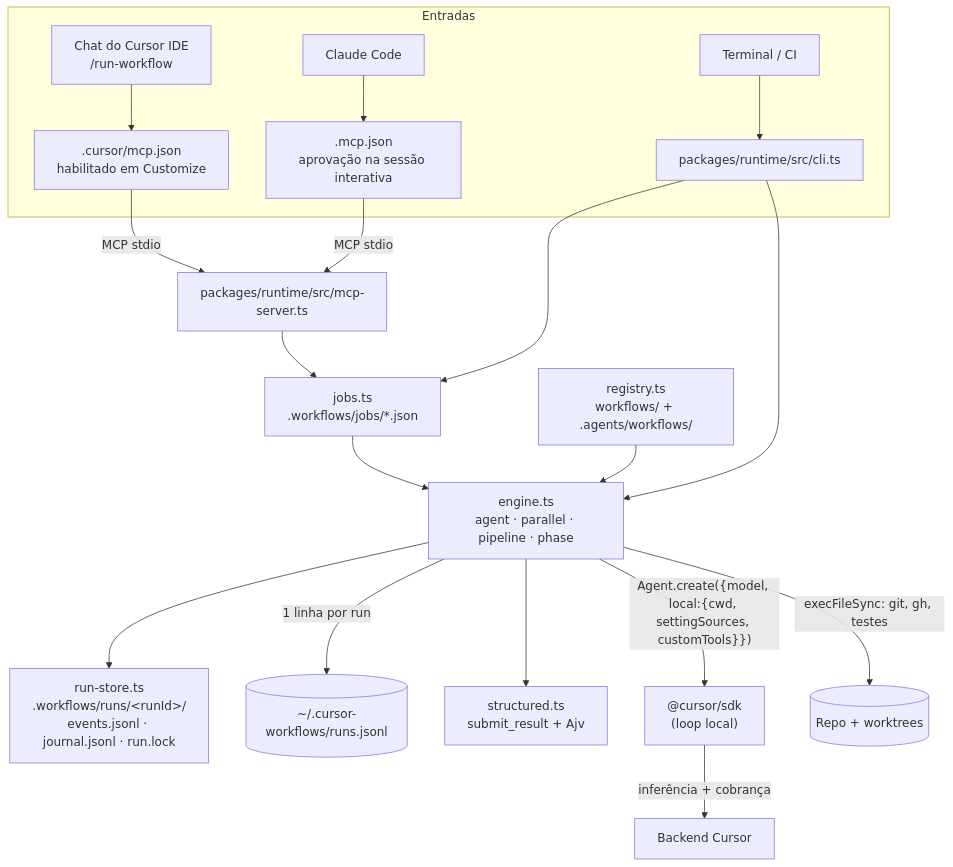
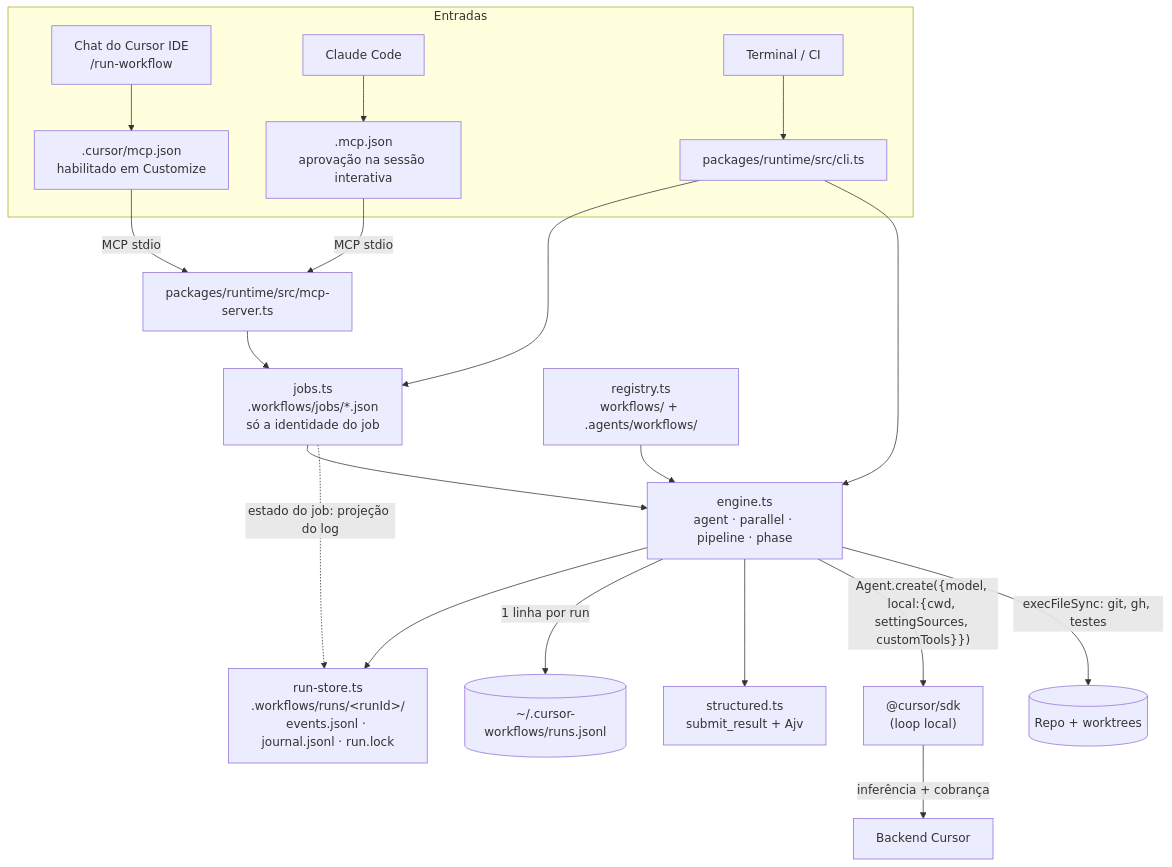
Before and after one commit to rodrigorjsf/cursor-workflows-starter: the diagram in docs/internals/01-arquitetura.md, drawn with Mermaid. The commit also changed other lines of this file and 33 other files, not shown here.

First line of the commit message:
feat(runtime): job state projected from the event log, cumulative budget and content retention

````diff
--- a/docs/internals/01-arquitetura.md
+++ b/docs/internals/01-arquitetura.md
@@ -5,21 +5,22 @@
 ```mermaid
 flowchart TB
   subgraph Entradas
     CHAT["Chat do Cursor IDE<br/>/run-workflow"] --> CREG[".cursor/mcp.json<br/>habilitado em Customize"]
     CCODE["Claude Code"] --> CCREG[".mcp.json<br/>aprovação na sessão interativa"]
     TERM["Terminal / CI"] --> CLI[packages/runtime/src/cli.ts]
   end
   CREG -->|MCP stdio| MCP[packages/runtime/src/mcp-server.ts]
   CCREG -->|MCP stdio| MCP
-  MCP --> JOBS[jobs.ts<br/>.workflows/jobs/*.json]
+  MCP --> JOBS[jobs.ts<br/>.workflows/jobs/*.json<br/>só a identidade do job]
   CLI --> JOBS
   CLI --> ENG
   JOBS --> ENG[engine.ts<br/>agent · parallel · pipeline · phase]
   REG[registry.ts<br/>workflows/ + .agents/workflows/] --> ENG
   ENG --> JR[run-store.ts<br/>.workflows/runs/&lt;runId&gt;/<br/>events.jsonl · journal.jsonl · run.lock]
+  JOBS -.->|"estado do job: projeção do log"| JR
   ENG -->|1 linha por run| IDX[("~/.cursor-workflows/runs.jsonl")]
   ENG --> ST[structured.ts<br/>submit_result + Ajv]
   ENG -->|"Agent.create({model, local:{cwd, settingSources, customTools}})"| SDK["@cursor/sdk<br/>(loop local)"]
   SDK -->|inferência + cobrança| CUR[Backend Cursor]
   ENG -->|"execFileSync: git, gh, testes"| REPO[(Repo + worktrees)]
 ```
````
